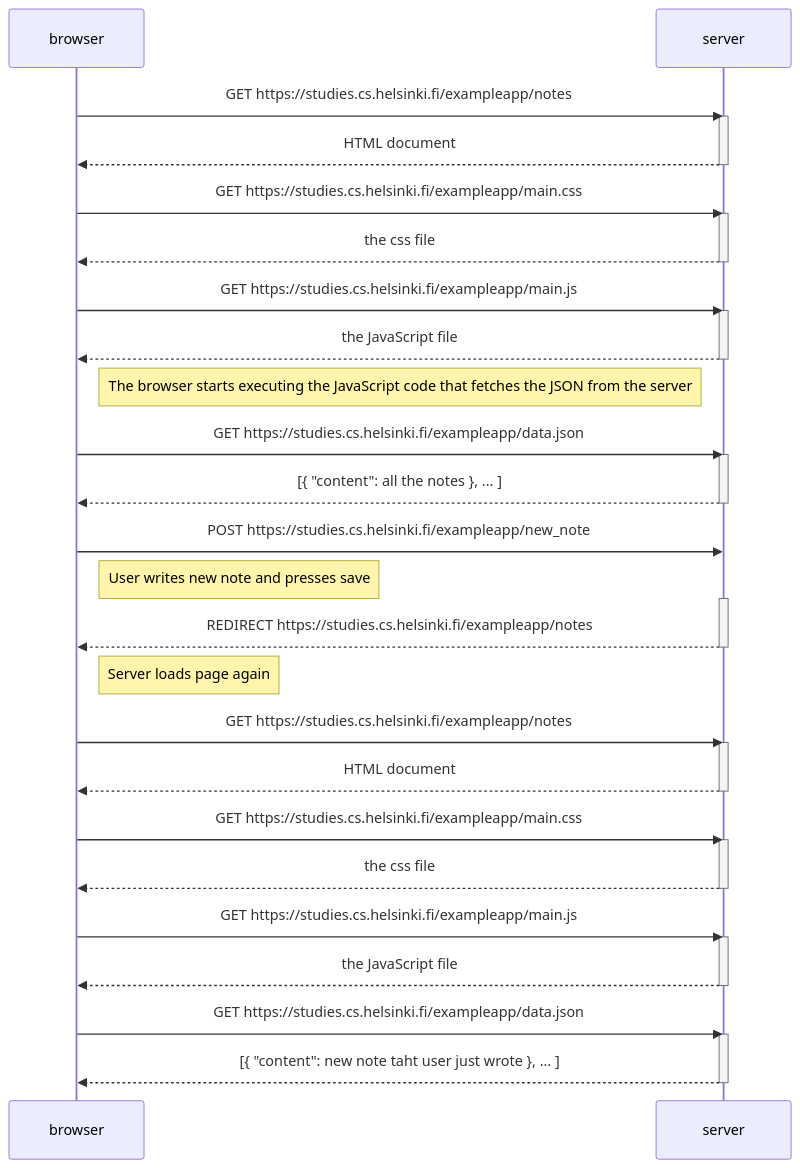
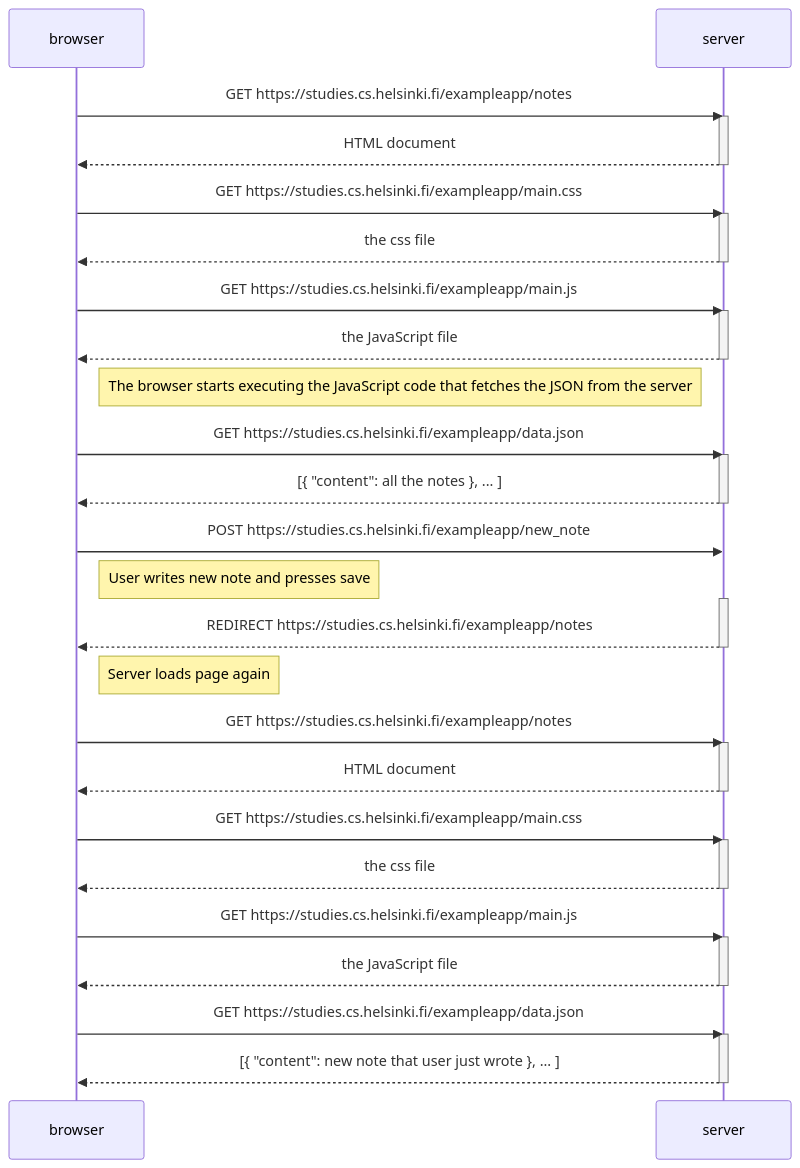
Before and after one commit to eppumelto/fullstackopen: the diagram in 0.4.md, drawn with Mermaid.

````diff
--- a/0.4.md
+++ b/0.4.md
@@ -1,57 +1,57 @@
 ```mermaid
 sequenceDiagram
     participant browser
     participant server
     
     browser->>server: GET https://studies.cs.helsinki.fi/exampleapp/notes
     activate server
     server-->>browser: HTML document
     deactivate server
     
     browser->>server: GET https://studies.cs.helsinki.fi/exampleapp/main.css
     activate server
     server-->>browser: the css file
     deactivate server
     
     browser->>server: GET https://studies.cs.helsinki.fi/exampleapp/main.js
     activate server
     server-->>browser: the JavaScript file
     deactivate server
     
     Note right of browser: The browser starts executing the JavaScript code that fetches the JSON from the server
 
     browser->>server: GET https://studies.cs.helsinki.fi/exampleapp/data.json
     activate server
     server-->>browser: [{ "content": all the notes }, ... ]
     deactivate server    
 
 
     browser->>server: POST https://studies.cs.helsinki.fi/exampleapp/new_note
     Note right of browser: User writes new note and presses save
     activate server
     server-->>browser: REDIRECT https://studies.cs.helsinki.fi/exampleapp/notes
     deactivate server
 
     Note right of browser: Server loads page again
     browser->>server: GET https://studies.cs.helsinki.fi/exampleapp/notes
     activate server
     server-->>browser: HTML document
     deactivate server
 
     browser->>server: GET https://studies.cs.helsinki.fi/exampleapp/main.css
     activate server
     server-->>browser: the css file
     deactivate server
     
     browser->>server: GET https://studies.cs.helsinki.fi/exampleapp/main.js
     activate server
     server-->>browser: the JavaScript file
     deactivate server
 
     browser->>server: GET https://studies.cs.helsinki.fi/exampleapp/data.json
     activate server
-    server-->>browser: [{ "content": new note taht user just wrote }, ... ]
+    server-->>browser: [{ "content": new note that user just wrote }, ... ]
     deactivate server    
 
 
 ```
````
